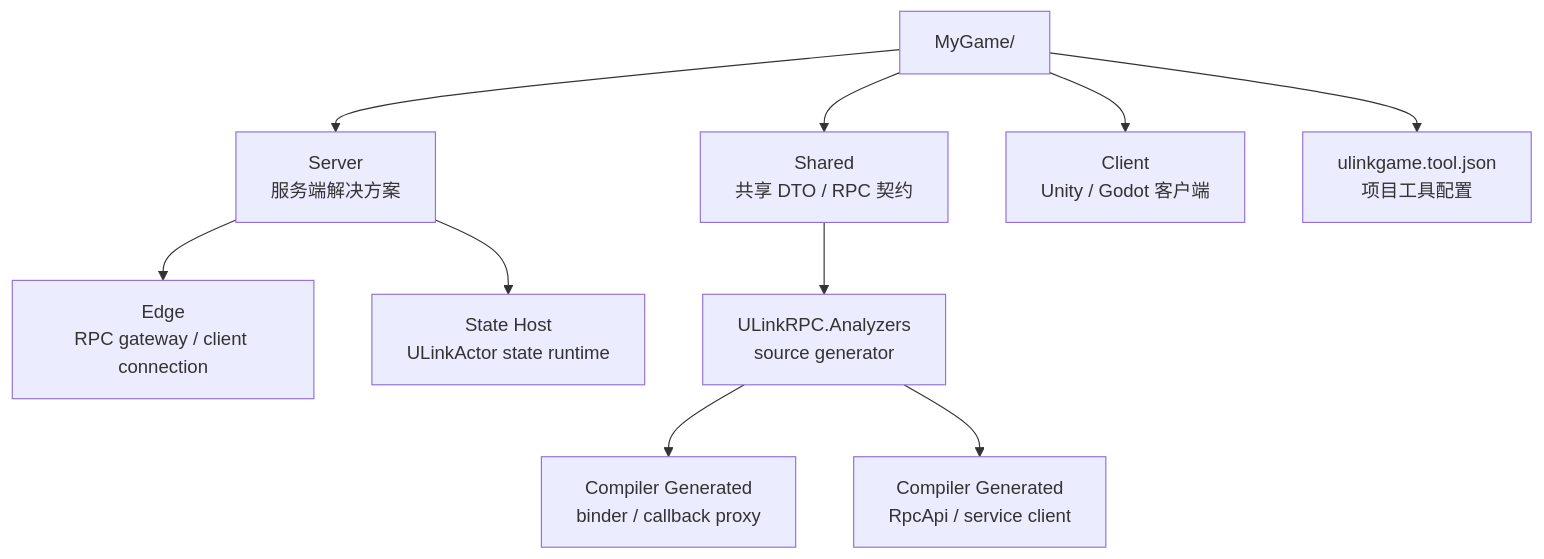
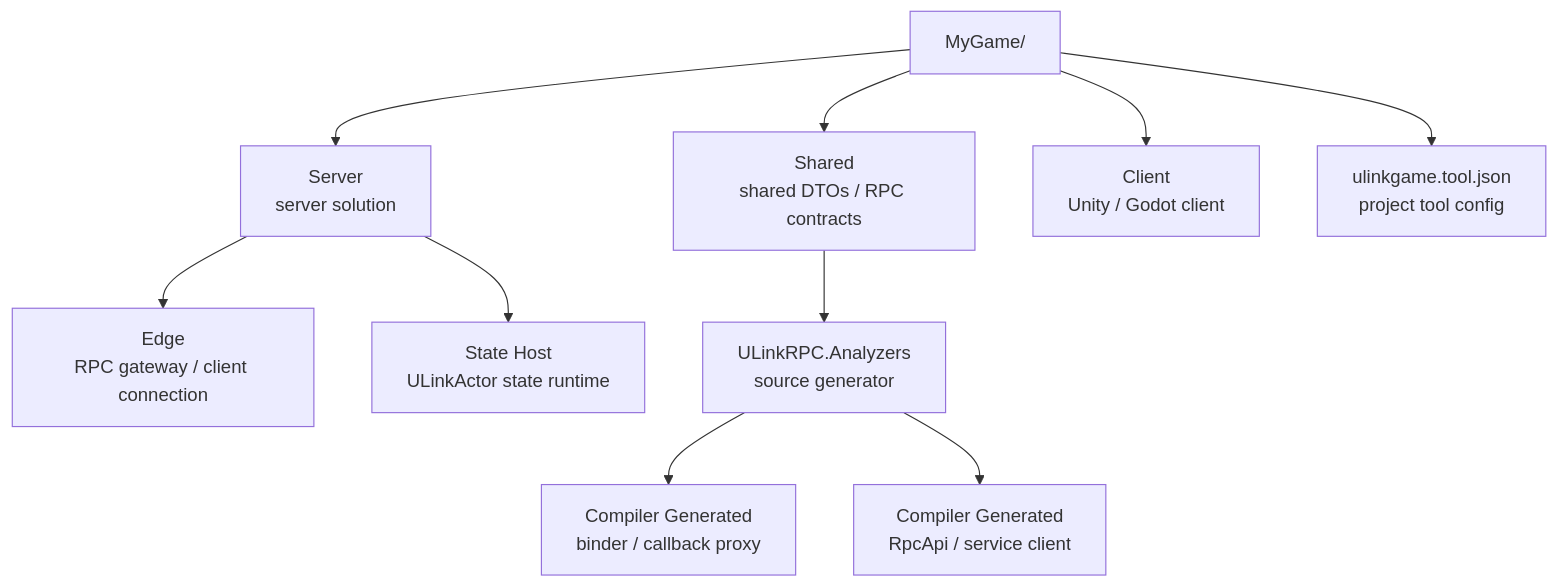
Before and after one commit to bruce48x/ULinkGame: the first of 2 diagrams in blog/content/posts/ulinkgame-getting-started.md, drawn with Mermaid. The commit also changed other lines of this file and 5 other files, not shown here.

````diff
--- a/blog/content/posts/ulinkgame-getting-started.md
+++ b/blog/content/posts/ulinkgame-getting-started.md
@@ -125,13 +125,13 @@
 ```mermaid
 flowchart TB
-    Root["MyGame/"] --> Shared["Shared<br/>共享 DTO / RPC 契约"]
-    Root --> Server["Server<br/>服务端解决方案"]
-    Root --> Client["Client<br/>Unity / Godot 客户端"]
-    Root --> Config["ulinkgame.tool.json<br/>项目工具配置"]
+    Root["MyGame/"] --> Shared["Shared<br/>shared DTOs / RPC contracts"]
+    Root --> Server["Server<br/>server solution"]
+    Root --> Client["Client<br/>Unity / Godot client"]
+    Root --> Config["ulinkgame.tool.json<br/>project tool config"]
 
     Server --> Edge["Edge<br/>RPC gateway / client connection"]
     Server --> StateHost["State Host<br/>ULinkActor state runtime"]
     Shared --> SourceGen["ULinkRPC.Analyzers<br/>source generator"]
     SourceGen --> EdgeGenerated["Compiler Generated<br/>binder / callback proxy"]
     SourceGen --> ClientGenerated["Compiler Generated<br/>RpcApi / service client"]
 ```
````
